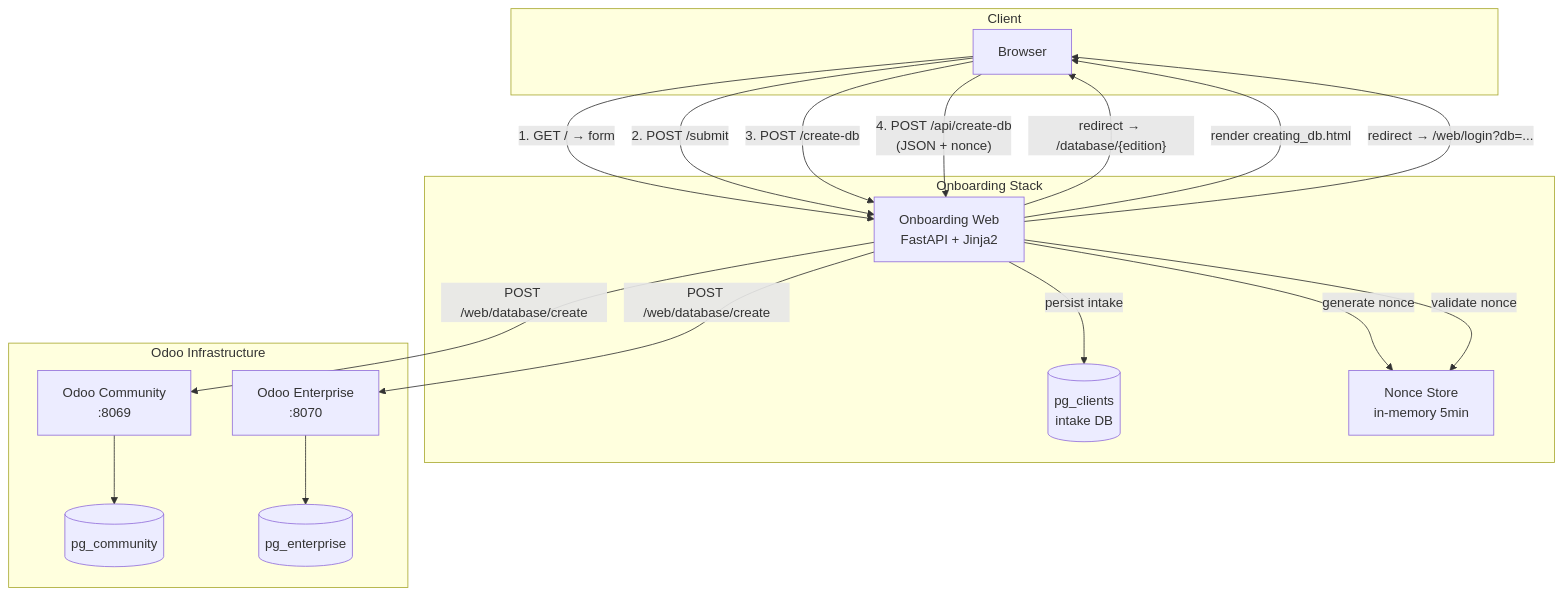
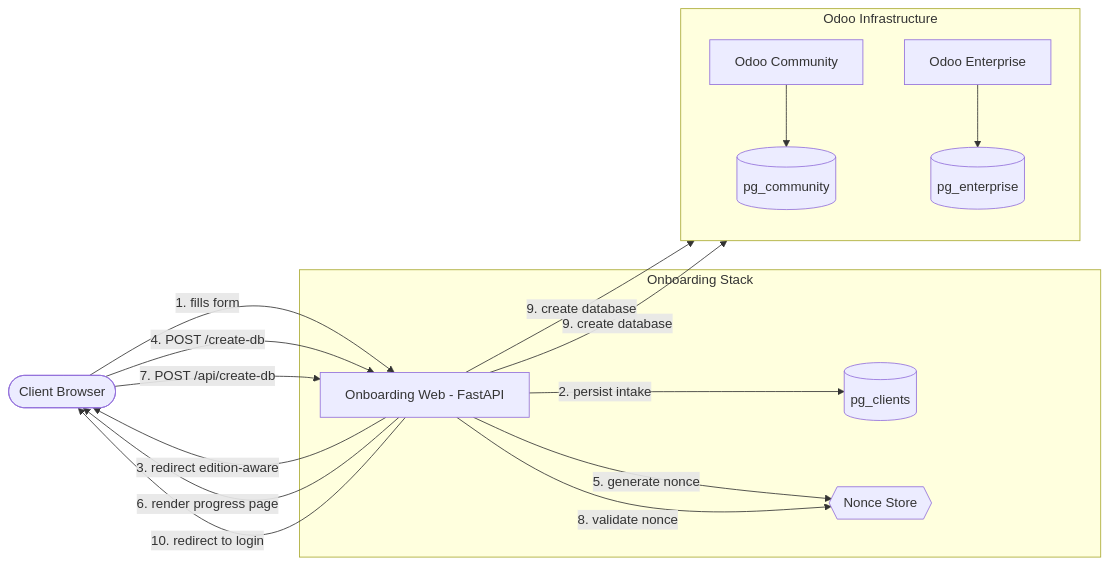
The diagram in README.md (Adamn32/odoo18-onboard-stack), drawn with Mermaid before and after one commit.

Commit message:
fix: simplify Mermaid diagram - remove HTML tags and special chars

````diff
--- a/README.md
+++ b/README.md
@@ -21,34 +21,32 @@
 ```mermaid
-flowchart TB
-    subgraph Client["Client"]
-        B[Browser]
+flowchart LR
+    B([Client Browser])
+
+    subgraph Onboarding[Onboarding Stack]
+        WEB[Onboarding Web - FastAPI]
+        CLIENTS_DB[(pg_clients)]
+        NONCE{{Nonce Store}}
     end
 
-    subgraph Onboarding["Onboarding Stack"]
-        WEB[Onboarding Web<br/>FastAPI + Jinja2]
-        CLIENTS_DB[(pg_clients<br/>intake DB)]
-        NONCE[Nonce Store<br/>in-memory 5min]
-    end
-
-    subgraph OdooInfra["Odoo Infrastructure"]
-        OC[Odoo Community<br/>:8069]
-        OE[Odoo Enterprise<br/>:8070]
+    subgraph Odoo[Odoo Infrastructure]
+        direction TB
+        OC[Odoo Community]
+        OE[Odoo Enterprise]
         PC[(pg_community)]
         PE[(pg_enterprise)]
     end
 
-    B -- "1. GET / → form" --> WEB
-    B -- "2. POST /submit" --> WEB
-    WEB -- "persist intake" --> CLIENTS_DB
-    WEB -- "redirect → /database/{edition}" --> B
-    B -- "3. POST /create-db" --> WEB
-    WEB -- "generate nonce" --> NONCE
-    WEB -- "render creating_db.html" --> B
-    B -- "4. POST /api/create-db<br/>(JSON + nonce)" --> WEB
-    WEB -- "validate nonce" --> NONCE
-    WEB -- "POST /web/database/create" --> OC
-    WEB -- "POST /web/database/create" --> OE
+    B -- 1. fills form --> WEB
+    WEB -- 2. persist intake --> CLIENTS_DB
+    WEB -- 3. redirect edition-aware --> B
+    B -- 4. POST /create-db --> WEB
+    WEB -- 5. generate nonce --> NONCE
+    WEB -- 6. render progress page --> B
+    B -- 7. POST /api/create-db --> WEB
+    WEB -- 8. validate nonce --> NONCE
+    WEB -- 9. create database --> OC
+    WEB -- 9. create database --> OE
     OC --> PC
     OE --> PE
-    WEB -- "redirect → /web/login?db=..." --> B
+    WEB -- 10. redirect to login --> B
 ```
````
